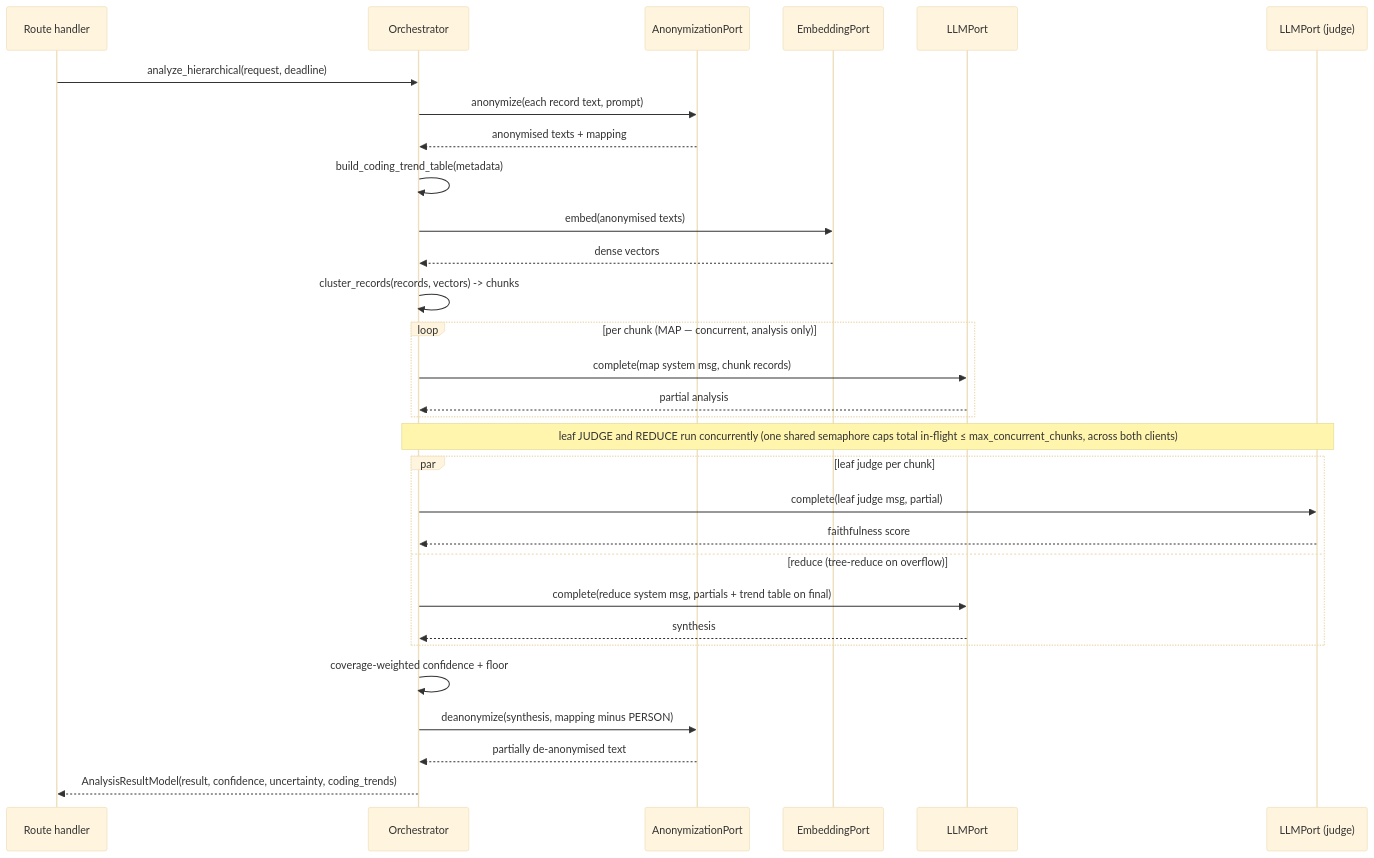
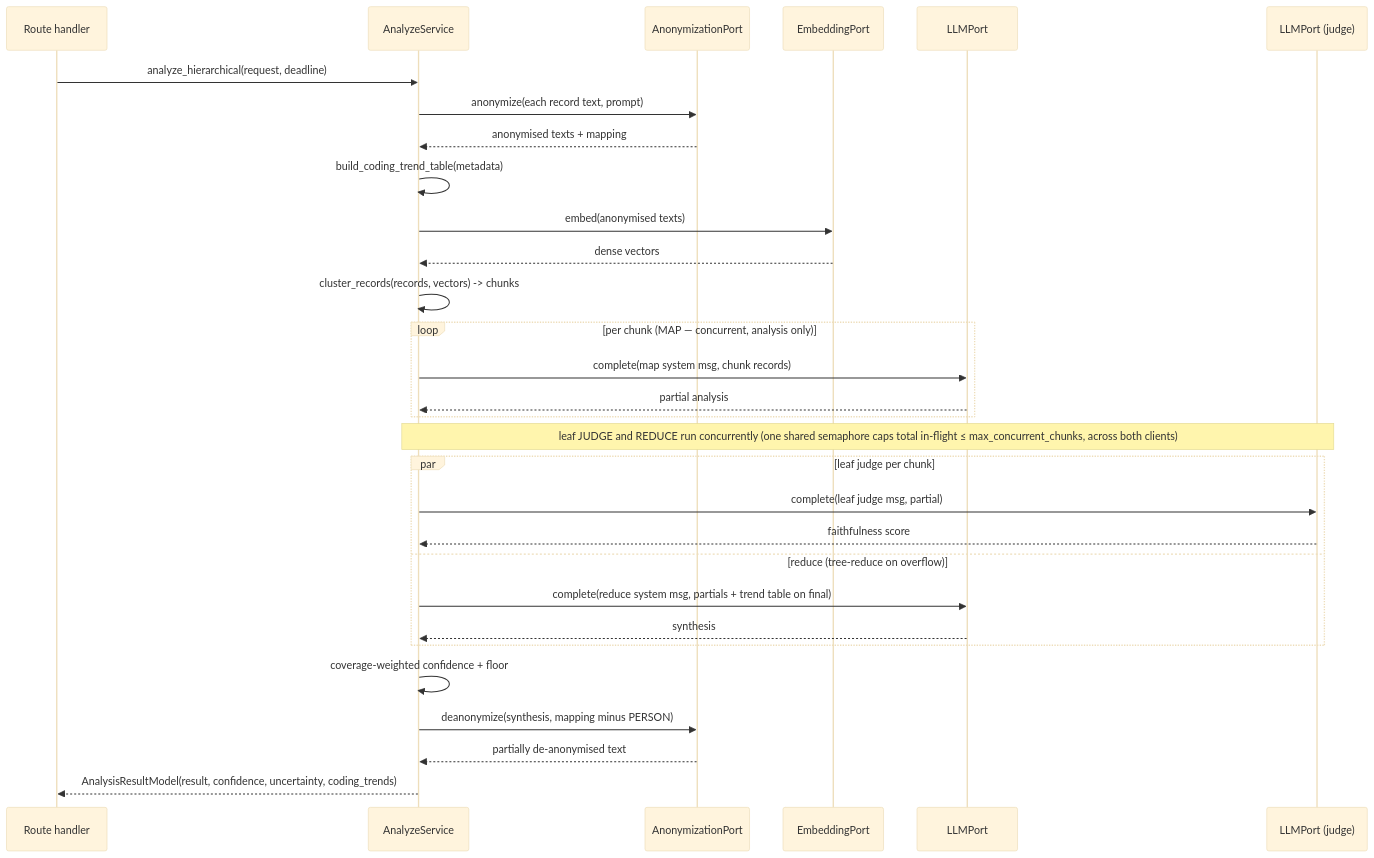
One commit to rodekruis/qualitative-feedback-analysis changed the second of 2 diagrams in docs/architecture/07-hierarchical-analysis.md. Above: the diagram before and after it, drawn with Mermaid (base theme). The commit also changed other lines of this file and 23 other files, not shown here.

First line of the commit message:
refactor(services): extract AnalyzeService from Orchestrator

````diff
--- a/docs/architecture/07-hierarchical-analysis.md
+++ b/docs/architecture/07-hierarchical-analysis.md
@@ -173,33 +177,33 @@
 ```mermaid
 sequenceDiagram
     participant route as Route handler
-    participant orch as Orchestrator
+    participant orch as AnalyzeService
     participant anon as AnonymizationPort
     participant emb as EmbeddingPort
     participant llm as LLMPort
     participant judge as LLMPort (judge)
 
     route->>orch: analyze_hierarchical(request, deadline)
     orch->>anon: anonymize(each record text, prompt)
     anon-->>orch: anonymised texts + mapping
     orch->>orch: build_coding_trend_table(metadata)
     orch->>emb: embed(anonymised texts)
     emb-->>orch: dense vectors
     orch->>orch: cluster_records(records, vectors) -> chunks
     loop per chunk (MAP — concurrent, analysis only)
         orch->>llm: complete(map system msg, chunk records)
         llm-->>orch: partial analysis
     end
     note over orch,judge: leaf JUDGE and REDUCE run concurrently (one shared semaphore caps total in-flight ≤ max_concurrent_chunks, across both clients)
     par leaf judge per chunk
         orch->>judge: complete(leaf judge msg, partial)
         judge-->>orch: faithfulness score
     and reduce (tree-reduce on overflow)
         orch->>llm: complete(reduce system msg, partials + trend table on final)
         llm-->>orch: synthesis
     end
     orch->>orch: coverage-weighted confidence + floor
     orch->>anon: deanonymize(synthesis, mapping minus PERSON)
     anon-->>orch: partially de-anonymised text
     orch-->>route: AnalysisResultModel(result, confidence, uncertainty, coding_trends)
 ```
````
